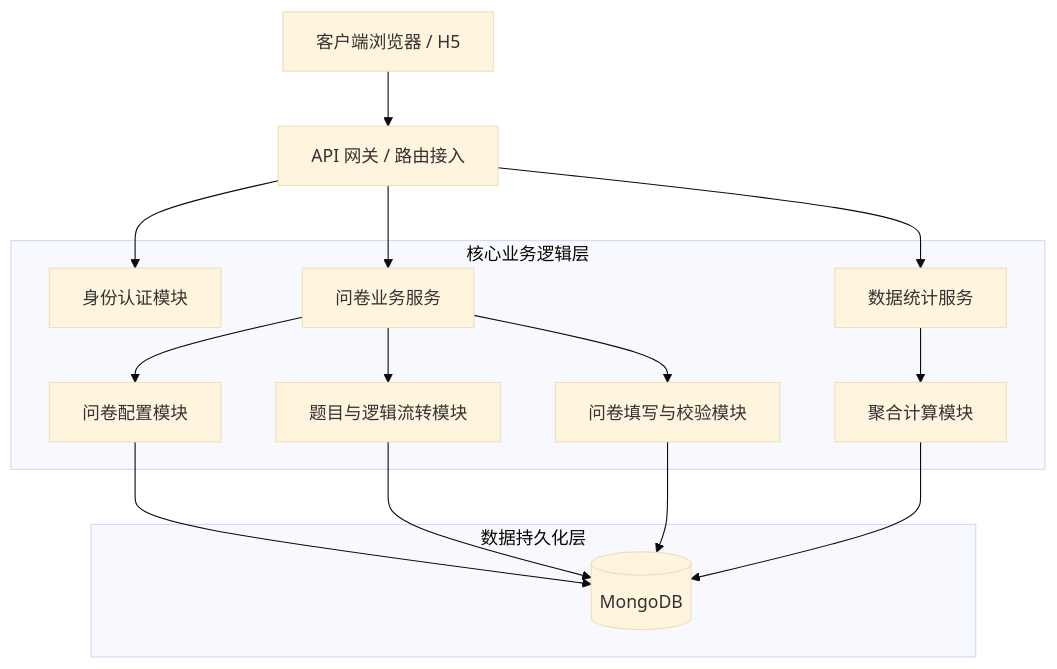
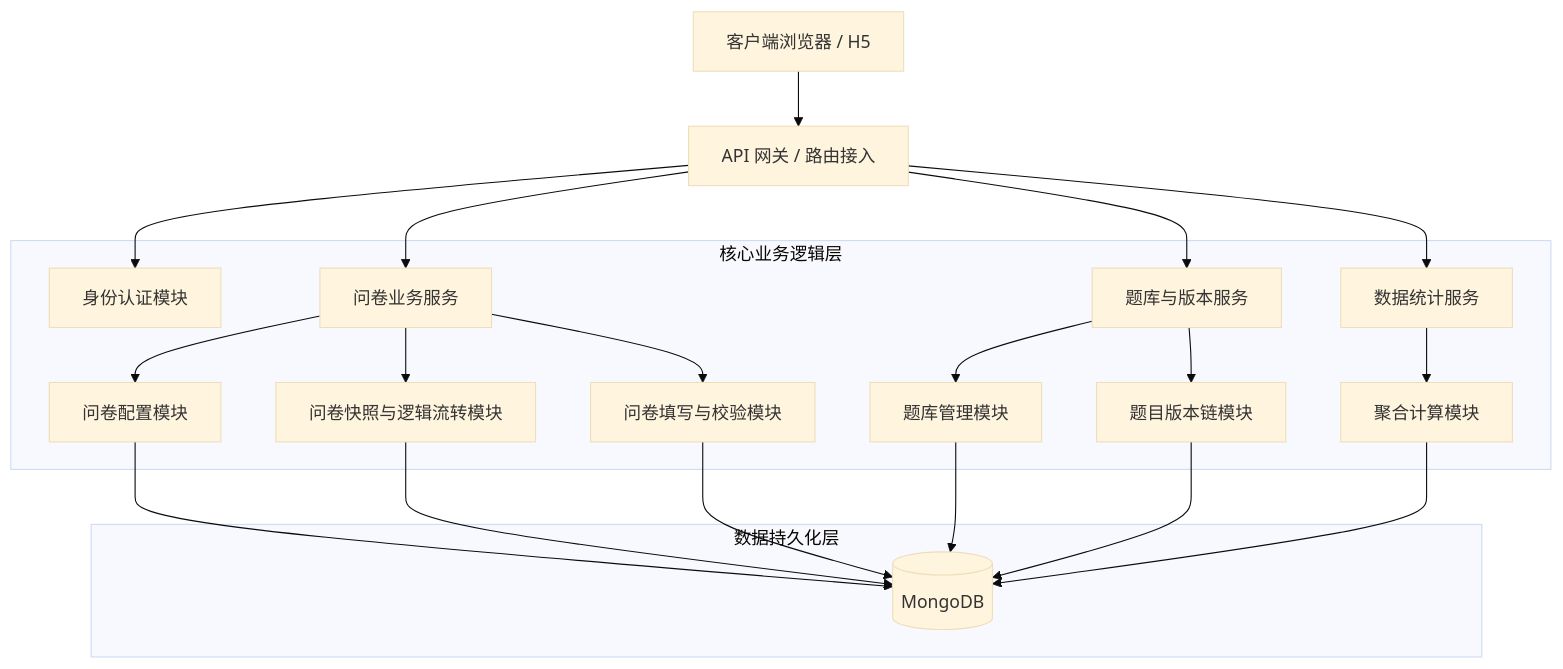
One commit to 4bqwq/fastapi-mongo-survey changed the first of 6 diagrams in doc/02-architecture.md. Above: the diagram before and after it, drawn with Mermaid (base theme). The commit also changed other lines of this file and 19 other files, not shown here.

````diff
--- a/doc/02-architecture.md
+++ b/doc/02-architecture.md
@@ -15,23 +15,28 @@
 ```mermaid
 flowchart TD
     Client[客户端浏览器 / H5] --> Gateway[API 网关 / 路由接入]
     
     Gateway --> AuthCenter[身份认证模块]
     Gateway --> SurveyBiz[问卷业务服务]
+    Gateway --> QuestionBiz[题库与版本服务]
     Gateway --> StatBiz[数据统计服务]
 
     subgraph 核心业务逻辑层
         AuthCenter
         SurveyBiz --> Config[问卷配置模块]
-        SurveyBiz --> Editor[题目与逻辑流转模块]
+        SurveyBiz --> Editor[问卷快照与逻辑流转模块]
+        QuestionBiz --> Bank[题库管理模块]
+        QuestionBiz --> Versioning[题目版本链模块]
         SurveyBiz --> Fill[问卷填写与校验模块]
         StatBiz --> Agg[聚合计算模块]
     end
 
     subgraph 数据持久化层
         Config --> Mongo[(MongoDB)]
         Editor --> Mongo
+        Bank --> Mongo
+        Versioning --> Mongo
         Fill --> Mongo
         Agg --> Mongo
     end
 ```
````
